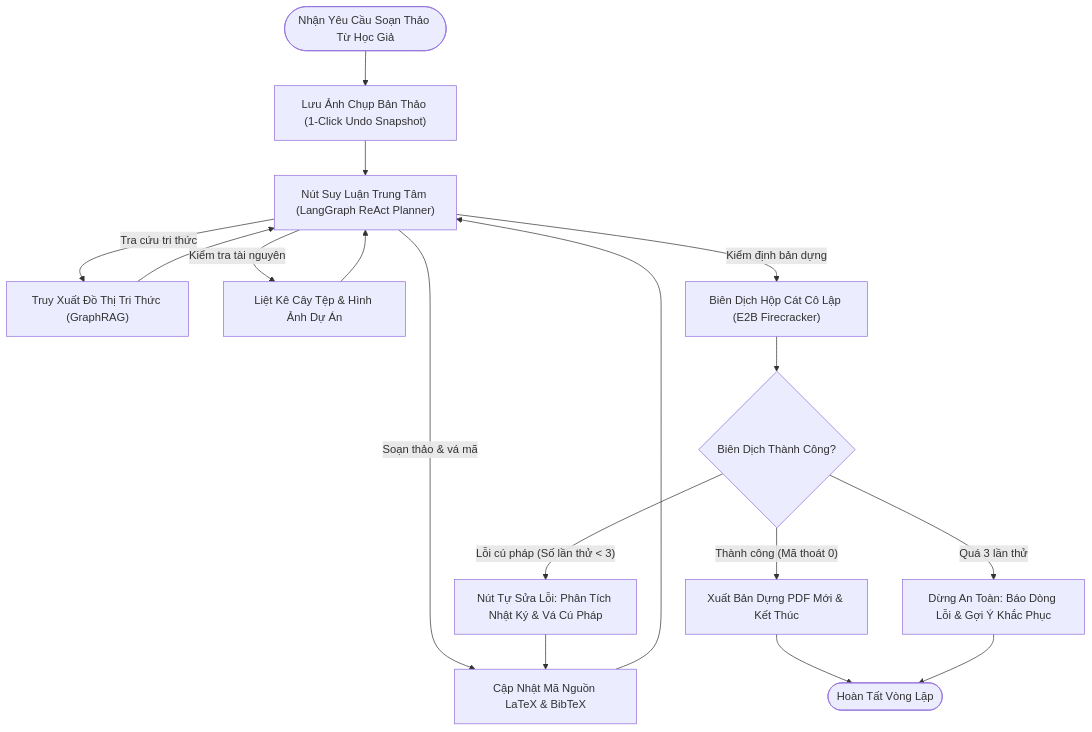
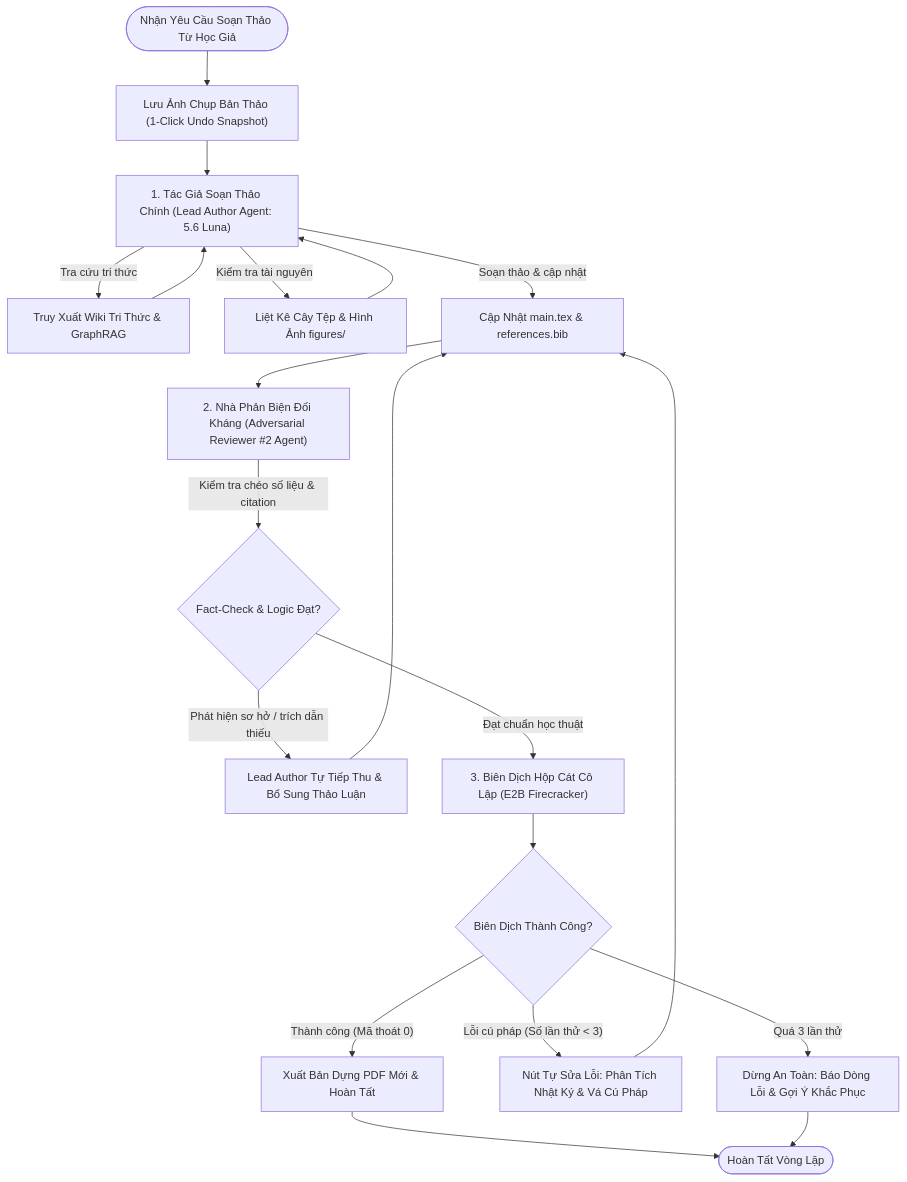
Before and after one commit to dammanhdungvn/VeriScholar: the second of 3 diagrams in docs/specs/06-agentic-overleaf-writing-spec.md, drawn with Mermaid. The commit also changed other lines of this file, not shown here.

Commit message:
docs(specs): update overleaf writing spec with collaborative multi-agent reviewer architecture

````diff
--- a/docs/specs/06-agentic-overleaf-writing-spec.md
+++ b/docs/specs/06-agentic-overleaf-writing-spec.md
@@ -405,23 +422,27 @@
 ```mermaid
 flowchart TD
     Start(["Nhận Yêu Cầu Soạn Thảo Từ Học Giả"]) --> SaveSnapshot["Lưu Ảnh Chụp Bản Thảo (1-Click Undo Snapshot)"]
-    SaveSnapshot --> AgentReasoning["Nút Suy Luận Trung Tâm (LangGraph ReAct Planner)"]
+    SaveSnapshot --> LeadAuthor["1. Tác Giả Soạn Thảo Chính (Lead Author Agent: 5.6 Luna)"]
 
-    AgentReasoning -->|"Tra cứu tri thức"| CallGraphRAG["Truy Xuất Đồ Thị Tri Thức (GraphRAG)"]
-    AgentReasoning -->|"Kiểm tra tài nguyên"| CallListFiles["Liệt Kê Cây Tệp & Hình Ảnh Dự Án"]
-    AgentReasoning -->|"Soạn thảo & vá mã"| CallEdit["Cập Nhật Mã Nguồn LaTeX & BibTeX"]
-    AgentReasoning -->|"Kiểm định bản dựng"| CallCompile["Biên Dịch Hộp Cát Cô Lập (E2B Firecracker)"]
+    LeadAuthor -->|"Tra cứu tri thức"| CallWikiGraph["Truy Xuất Wiki Tri Thức & GraphRAG"]
+    LeadAuthor -->|"Kiểm tra tài nguyên"| CallListFiles["Liệt Kê Cây Tệp & Hình Ảnh figures/"]
+    LeadAuthor -->|"Soạn thảo & cập nhật"| CallEdit["Cập Nhật main.tex & references.bib"]
 
-    CallGraphRAG --> AgentReasoning
-    CallListFiles --> AgentReasoning
-    CallEdit --> AgentReasoning
+    CallWikiGraph --> LeadAuthor
+    CallListFiles --> LeadAuthor
+    CallEdit --> ReviewerTwo["2. Nhà Phản Biện Đối Kháng (Adversarial Reviewer #2 Agent)"]
+
+    ReviewerTwo -->|"Kiểm tra chéo số liệu & citation"| FactCheck{"Fact-Check & Logic Đạt?"}
+    FactCheck -->|"Phát hiện sơ hở / trích dẫn thiếu"| AutoRefine["Lead Author Tự Tiếp Thu & Bổ Sung Thảo Luận"]
+    AutoRefine --> CallEdit
+    FactCheck -->|"Đạt chuẩn học thuật"| CallCompile["3. Biên Dịch Hộp Cát Cô Lập (E2B Firecracker)"]
 
     CallCompile --> CheckCompile{"Biên Dịch Thành Công?"}
-    CheckCompile -->|"Thành công (Mã thoát 0)"| EmitSuccess["Xuất Bản Dựng PDF Mới & Kết Thúc"]
+    CheckCompile -->|"Thành công (Mã thoát 0)"| EmitSuccess["Xuất Bản Dựng PDF Mới & Hoàn Tất"]
     CheckCompile -->|"Lỗi cú pháp (Số lần thử < 3)"| SelfHeal["Nút Tự Sửa Lỗi: Phân Tích Nhật Ký & Vá Cú Pháp"]
     CheckCompile -->|"Quá 3 lần thử"| GracefulFail["Dừng An Toàn: Báo Dòng Lỗi & Gợi Ý Khắc Phục"]
 
     SelfHeal --> CallEdit
     EmitSuccess --> Done(["Hoàn Tất Vòng Lặp"])
     GracefulFail --> Done
 ```
````
